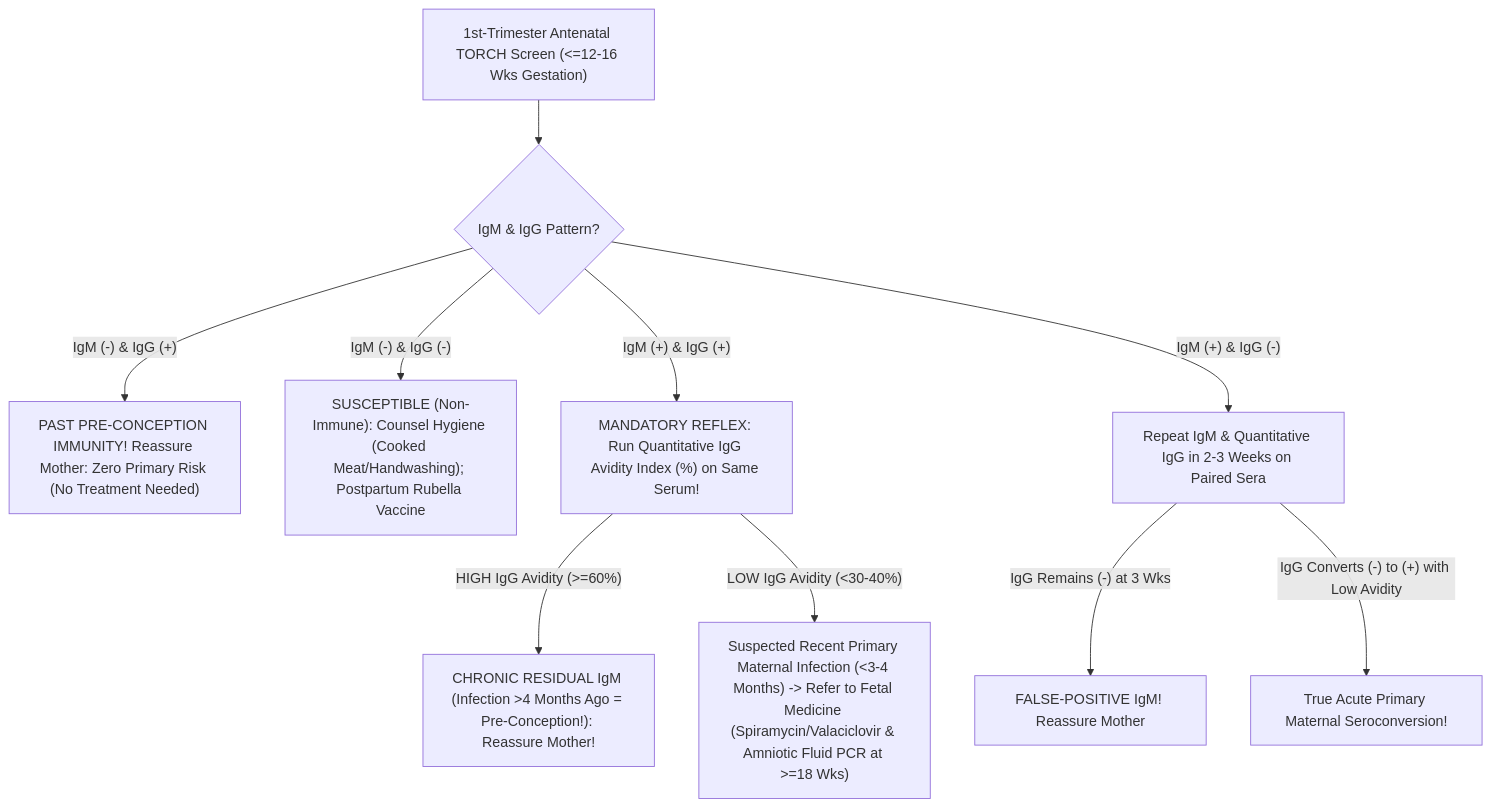
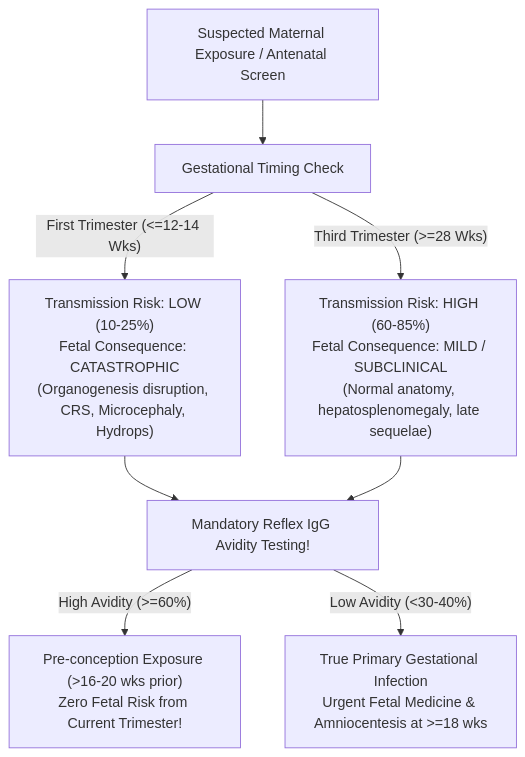
Before and after one commit to sawariyadiagnostic/references-and-interpretations: the first of 2 diagrams in 04_Serology_Infectious_Diseases_and_Immunology/4.2_Viral_Markers_HIV_Hepatitis_Syphilis_TORCH_and_EBV_Cluster/4.2.11_TORCH_8_and_10_Parameter_Maternal_and_Congenital_Infection_Master_Panel.md, drawn with Mermaid. The commit also changed other lines of this file and 4 other files, not shown here.

Commit message:
feat(serology): red-team international & above-NABL upgrade of Batch 37 Syphilis TPHA Reverse Algorithm, TORCH Master Panel, Toxoplasma Avidity, Rubella CRS, CMV Avidity

````diff
--- a/04_Serology_Infectious_Diseases_and_Immunology/4.2_Viral_Markers_HIV_Hepatitis_Syphilis_TORCH_and_EBV_Cluster/4.2.11_TORCH_8_and_10_Parameter_Maternal_and_Congenital_Infection_Master_Panel.md
+++ b/04_Serology_Infectious_Diseases_and_Immunology/4.2_Viral_Markers_HIV_Hepatitis_Syphilis_TORCH_and_EBV_Cluster/4.2.11_TORCH_8_and_10_Parameter_Maternal_and_Congenital_Infection_Master_Panel.md
@@ -48,12 +61,10 @@
 ```mermaid
-flowchart TD
-    A["1st-Trimester Antenatal TORCH Screen (<=12-16 Wks Gestation)"] --> B{"IgM & IgG Pattern?"}
-    B -->|"IgM (-) & IgG (+)"| C["PAST PRE-CONCEPTION IMMUNITY! Reassure Mother: Zero Primary Risk (No Treatment Needed)"]
-    B -->|"IgM (-) & IgG (-)"| D["SUSCEPTIBLE (Non-Immune): Counsel Hygiene (Cooked Meat/Handwashing); Postpartum Rubella Vaccine"]
-    B -->|"IgM (+) & IgG (+)"| E["MANDATORY REFLEX: Run Quantitative IgG Avidity Index (%) on Same Serum!"]
-    B -->|"IgM (+) & IgG (-)"| F["Repeat IgM & Quantitative IgG in 2-3 Weeks on Paired Sera"]
-    F -->|"IgG Remains (-) at 3 Wks"| G["FALSE-POSITIVE IgM! Reassure Mother"]
-    F -->|"IgG Converts (-) to (+) with Low Avidity"| H["True Acute Primary Maternal Seroconversion!"]
-    E -->|"HIGH IgG Avidity (>=60%)"| I["CHRONIC RESIDUAL IgM (Infection >4 Months Ago = Pre-Conception!): Reassure Mother!"]
-    E -->|"LOW IgG Avidity (<30-40%)"| J["Suspected Recent Primary Maternal Infection (<3-4 Months) -> Refer to Fetal Medicine (Spiramycin/Valaciclovir & Amniotic Fluid PCR at >=18 Wks)"]
+graph TD
+    A["Suspected Maternal Exposure / Antenatal Screen"] --> B["Gestational Timing Check"]
+    B -->|"First Trimester (<=12-14 Wks)"| C["Transmission Risk: LOW (10-25%)<br/>Fetal Consequence: CATASTROPHIC<br/>(Organogenesis disruption, CRS, Microcephaly, Hydrops)"]
+    B -->|"Third Trimester (>=28 Wks)"| D["Transmission Risk: HIGH (60-85%)<br/>Fetal Consequence: MILD / SUBCLINICAL<br/>(Normal anatomy, hepatosplenomegaly, late sequelae)"]
+    C --> E["Mandatory Reflex IgG Avidity Testing!"]
+    D --> E
+    E -->|"High Avidity (>=60%)"| F["Pre-conception Exposure (>16-20 wks prior)<br/>Zero Fetal Risk from Current Trimester!"]
+    E -->|"Low Avidity (<30-40%)"| G["True Primary Gestational Infection<br/>Urgent Fetal Medicine & Amniocentesis at >=18 wks"]
 ```
````
